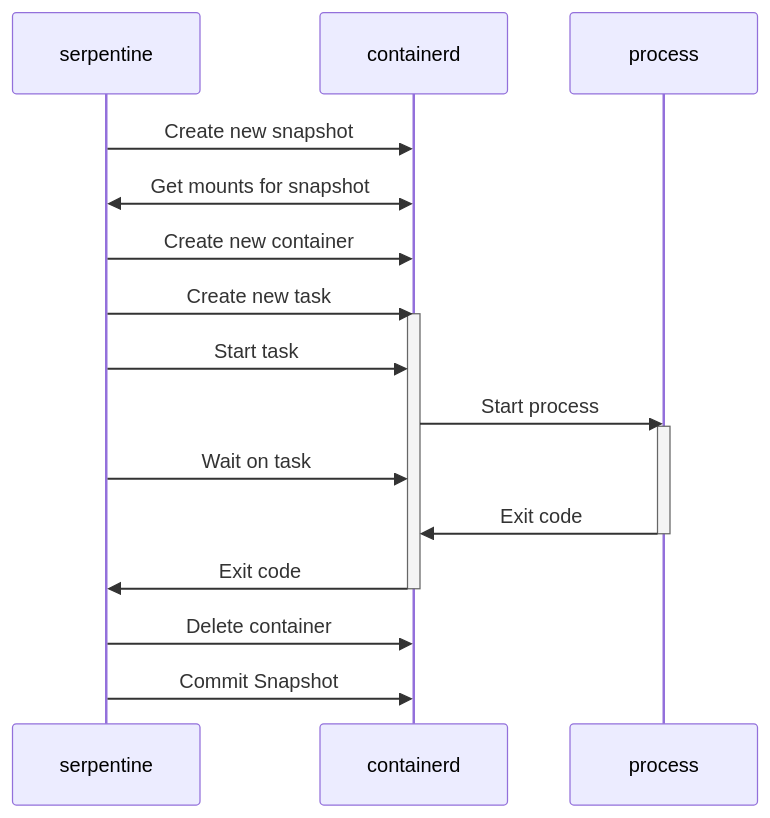
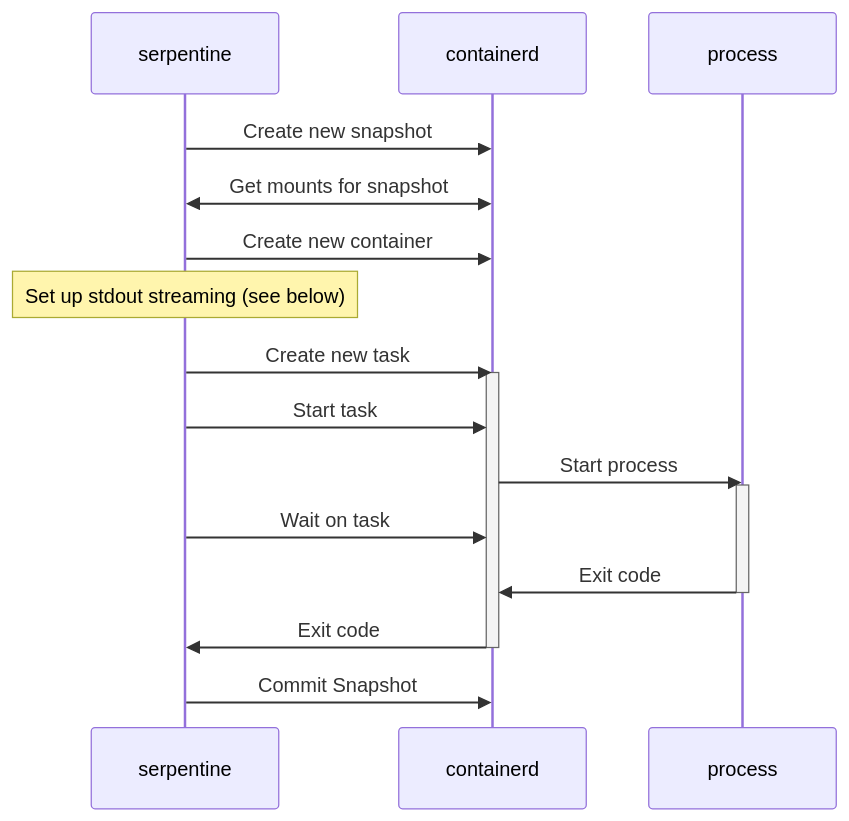
One commit to Serpent-Tools/serpentine changed the third of 4 diagrams in book/src/containerd.md. Above: the diagram before and after it, drawn with Mermaid. The commit also changed other lines of this file and 24 other files, not shown here.

````diff
--- a/book/src/containerd.md
+++ b/book/src/containerd.md
@@ -71,23 +68,25 @@
 ```mermaid
 sequenceDiagram
     participant serpentine
     participant containerd
     participant process
 
     serpentine ->> containerd : Create new snapshot
     serpentine <<->> containerd : Get mounts for snapshot
     serpentine ->> containerd : Create new container
+
+    note over serpentine : Set up stdout streaming (see below)
+
     serpentine ->> containerd : Create new task
     activate containerd
     serpentine ->> containerd : Start task
     containerd ->> process : Start process
     activate process
     serpentine ->> containerd : Wait on task
     process ->> containerd : Exit code
     deactivate process
     containerd ->> serpentine : Exit code
     deactivate containerd
 
-    serpentine ->> containerd : Delete container
     serpentine ->> containerd : Commit Snapshot
 ```
````
